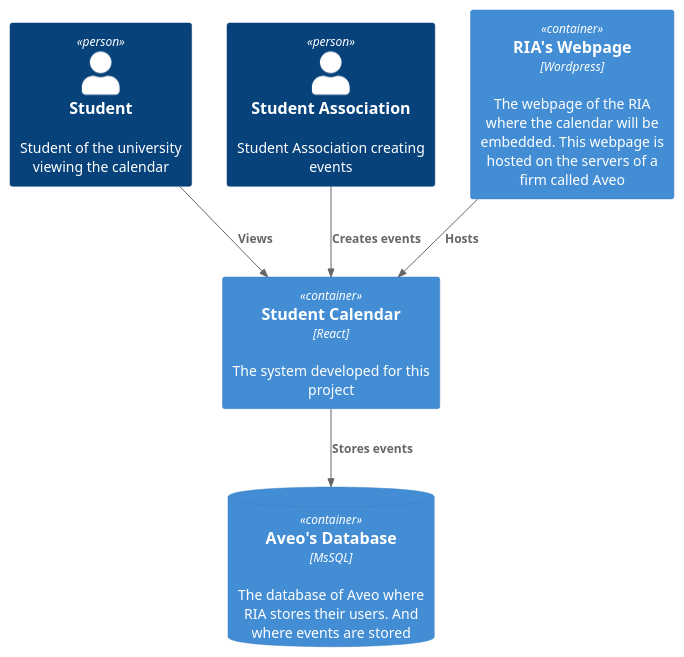
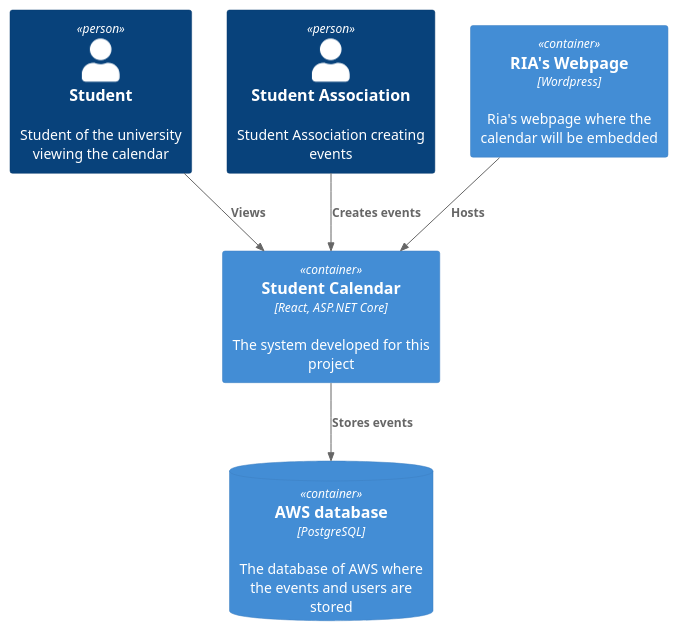
One commit to oscarboe/Studieforeningskalender_Front_end changed the diagram in C4_C1.puml. Above: the diagram before and after it, drawn with PlantUML. The commit also changed 7 other files, not shown here.

Commit message:
updated diagrams

```diff
--- a/C4_C1.puml
+++ b/C4_C1.puml
@@ -1,15 +1,15 @@
 @startuml C4_Elements
 !include https://raw.githubusercontent.com/plantuml-stdlib/C4-PlantUML/master/C4_Container.puml
 
 Person(stud, "Student", "Student of the university viewing the calendar")
 Person(asso, "Student Association", "Student Association creating events")
 
-Container(sys, "Student Calendar","React", "The system developed for this project")
-Container(ria, "RIA's Webpage","Wordpress", "The webpage of the RIA where the calendar will be embedded. This webpage is hosted on the servers of a firm called Aveo")
-ContainerDb(aveoDB,"Aveo's Database","MsSQL", "The database of Aveo where RIA stores their users. And where events are stored")
+Container(sys, "Student Calendar","React, ASP.NET Core", "The system developed for this project")
+Container(ria, "RIA's Webpage","Wordpress", "Ria's webpage where the calendar will be embedded")
+ContainerDb(AWSDB,"AWS database","PostgreSQL", "The database of AWS where the events and users are stored")
 Rel(stud, sys, "Views")
 Rel(asso, sys, "Creates events")
 Rel(ria,sys, "Hosts")
-Rel(sys, aveoDB, "Stores events")
+Rel(sys, AWSDB, "Stores events")
 
 @enduml
```
